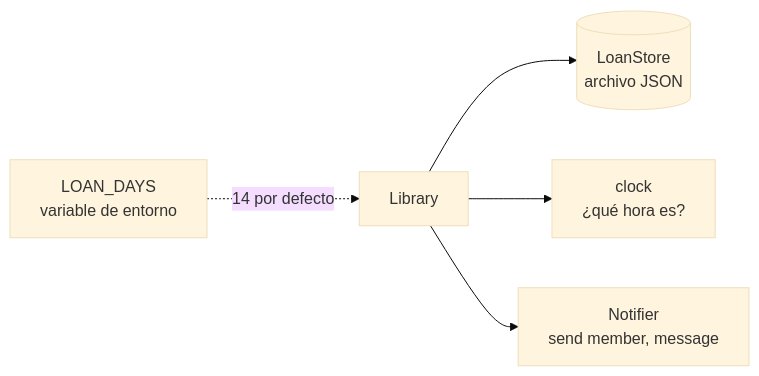
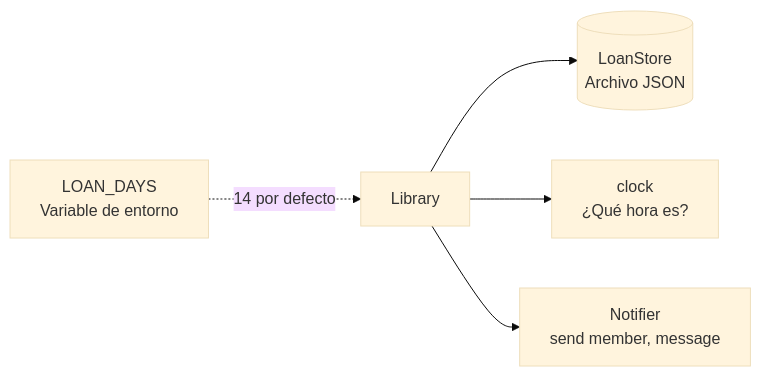
Before and after one commit to Chamba-Lab/pytest-lab: the diagram in labs/01-fundamentals/04-fixtures-doubles/README.md, drawn with Mermaid (base theme). The commit also changed 3 other files, not shown here.

Commit message:
docs(labs): capitalize diagram labels (#1)

````diff
--- a/labs/01-fundamentals/04-fixtures-doubles/README.md
+++ b/labs/01-fundamentals/04-fixtures-doubles/README.md
@@ -53,7 +53,7 @@
 ```mermaid
 flowchart LR
-    L[Library] --> S[(LoanStore<br/>archivo JSON)]
-    L --> C[clock<br/>¿qué hora es?]
+    L[Library] --> S[(LoanStore<br/>Archivo JSON)]
+    L --> C[clock<br/>¿Qué hora es?]
     L --> N[Notifier<br/>send member, message]
-    E[LOAN_DAYS<br/>variable de entorno] -. 14 por defecto .-> L
+    E[LOAN_DAYS<br/>Variable de entorno] -. 14 por defecto .-> L
 ```
````
